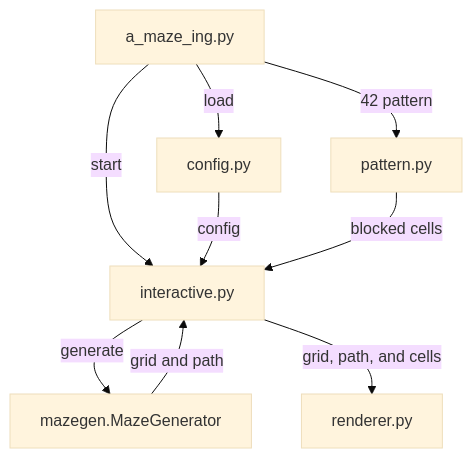
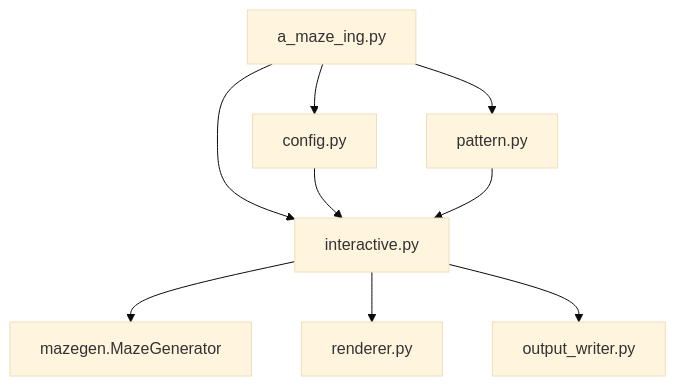
The diagram in README.md (yubinex/a-maze-ing), drawn with Mermaid (base theme) before and after one commit. The commit also changed other lines of this file and 2 other files, not shown here.

Commit message:
docs: complete project README and rebuild mazegen artifacts

````diff
--- a/README.md
+++ b/README.md
@@ -3,13 +27,11 @@
 ```mermaid
 flowchart TD
-    CLI[a_maze_ing.py] -->|load| Config[config.py]
-    CLI -->|42 pattern| Pattern[pattern.py]
-    CLI -->|start| Interactive[interactive.py]
-
-    Config -->|config| Interactive
-    Pattern -->|blocked cells| Interactive
-    Interactive -->|generate| Generator[mazegen.MazeGenerator]
-    Generator -->|grid and path| Interactive
-
-    Interactive -->|grid, path, and cells| Renderer[renderer.py]
+    CLI[a_maze_ing.py] --> Config[config.py]
+    CLI --> Pattern[pattern.py]
+    CLI --> Interactive[interactive.py]
+    Config --> Interactive
+    Pattern --> Interactive
+    Interactive --> Generator[mazegen.MazeGenerator]
+    Interactive --> Renderer[renderer.py]
+    Interactive --> Writer[output_writer.py]
 ```
````
